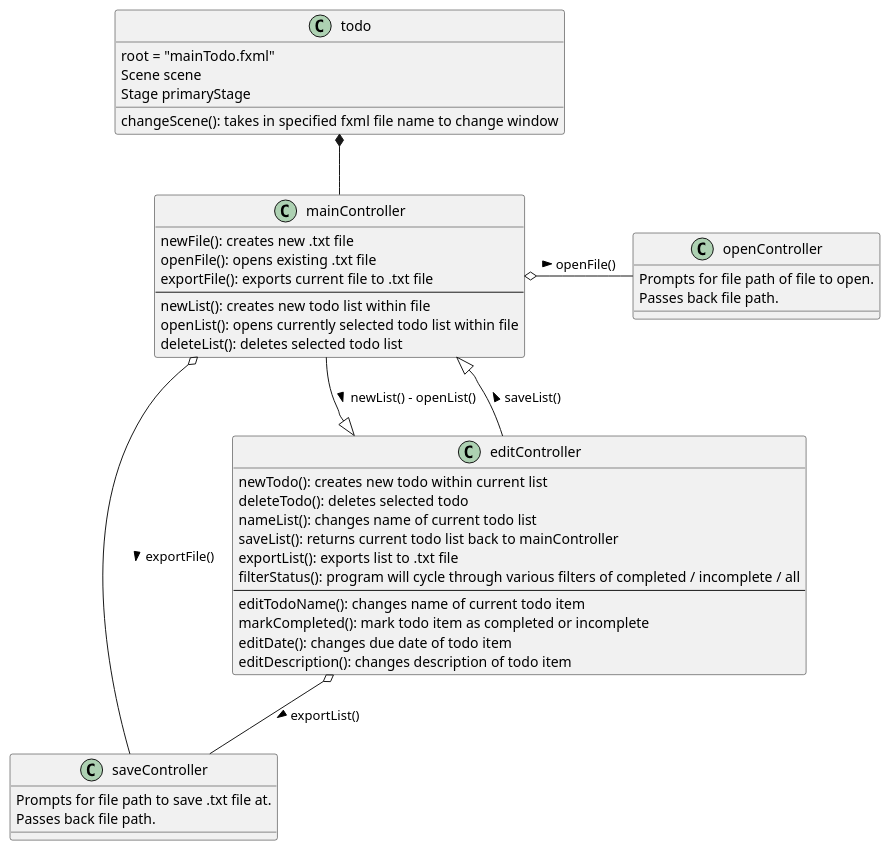
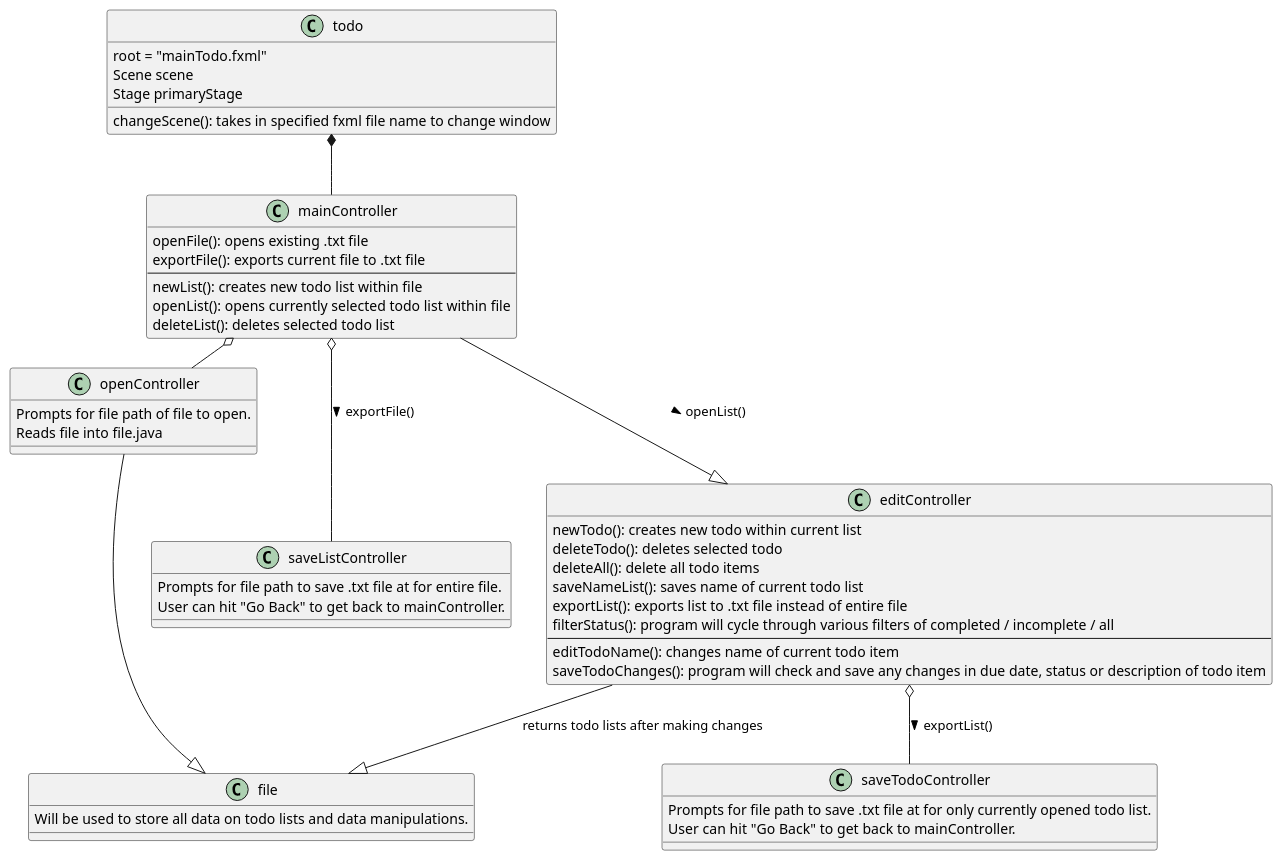
The diagram in src/uml/todo.puml (kh04p/Phan-COP3330-Assignment4part2), drawn with PlantUML before and after one commit. The commit also changed 5 other files, not shown here.

Commit message:
20th Commit: - Added another puml file to explain hierarchy of data structure used to store todo lists. - Added comments to clarify throughout project.

```diff
--- a/src/uml/todo.puml
+++ b/src/uml/todo.puml
@@ -1,63 +1,63 @@
 @startuml
 'https://plantuml.com/class-diagram
-
-class todo
-class mainController
-class openController
-class saveController
-class editController
 
 class todo {
 root = "mainTodo.fxml"
 Scene scene
 Stage primaryStage
 changeScene(): takes in specified fxml file name to change window
 }
 
 todo *-- mainController
 
 class mainController {
-newFile(): creates new .txt file
 openFile(): opens existing .txt file
 exportFile(): exports current file to .txt file
 --
 newList(): creates new todo list within file
 openList(): opens currently selected todo list within file
 deleteList(): deletes selected todo list
 }
 
 mainController o- openController: openFile() >
-mainController o-- saveController: exportFile() >
+mainController o-- saveListController: exportFile() >
 
-mainController --|> editController: newList() - openList() >
-editController --|> mainController: saveList() >
+mainController --|> editController: openList() >
+editController --|> file: returns todo lists after making changes
+
+openController --|> file
 
 class editController {
 newTodo(): creates new todo within current list
 deleteTodo(): deletes selected todo
-nameList(): changes name of current todo list
-saveList(): returns current todo list back to mainController
-exportList(): exports list to .txt file
+deleteAll(): delete all todo items
+saveNameList(): saves name of current todo list
+exportList(): exports list to .txt file instead of entire file
 filterStatus(): program will cycle through various filters of completed / incomplete / all
 --
 editTodoName(): changes name of current todo item
-markCompleted(): mark todo item as completed or incomplete
-editDate(): changes due date of todo item
-editDescription(): changes description of todo item
+saveTodoChanges(): program will check and save any changes in due date, status or description of todo item
 }
 
-editController o-- saveController: exportList() >
+editController o-- saveTodoController: exportList() >
 
 class openController {
 Prompts for file path of file to open.
-Passes back file path.
+Reads file into file.java
 }
 
-class saveController {
-Prompts for file path to save .txt file at.
-Passes back file path.
+class saveListController {
+Prompts for file path to save .txt file at for entire file.
+User can hit "Go Back" to get back to mainController.
 }
 
+class saveTodoController {
+Prompts for file path to save .txt file at for only currently opened todo list.
+User can hit "Go Back" to get back to mainController.
+}
 
+class file {
+Will be used to store all data on todo lists and data manipulations.
+}
 
 @enduml
```
